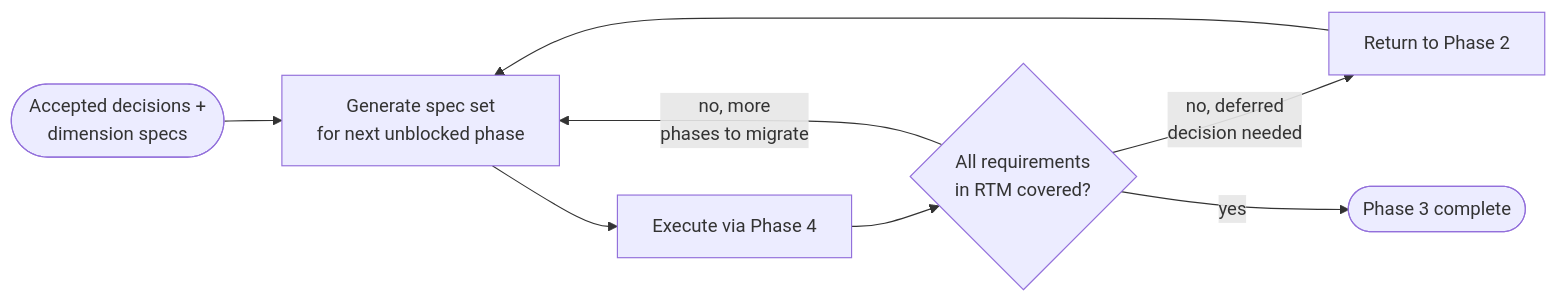
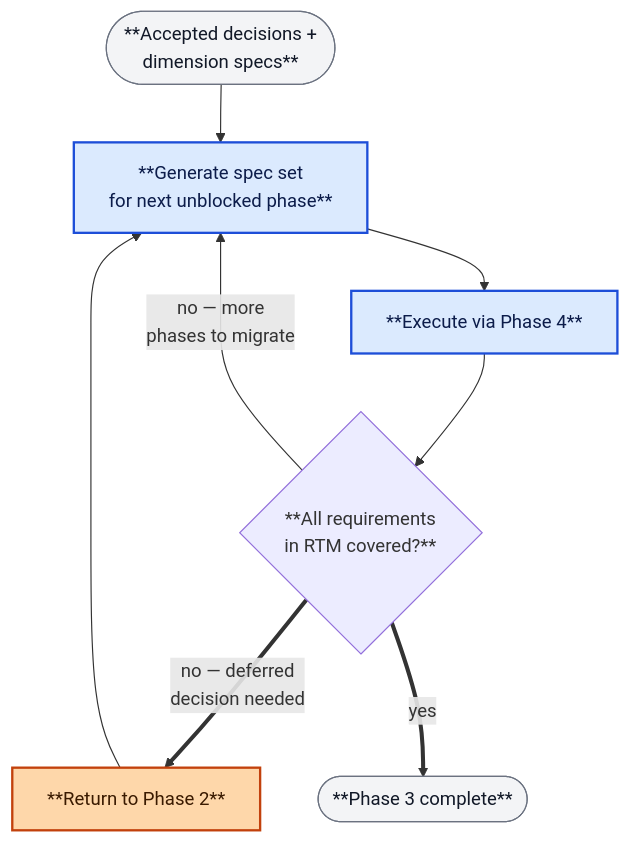
The second of 5 diagrams in docs/ai-assisted-migration-architecture.md (rd162/OSS_Migration), drawn with Mermaid before and after one commit. The commit also changed other lines of this file and 1 other file, not shown here.

First line of the commit message:
``` Draft ai-assisted-migration-architecture.md v0.9

````diff
--- a/docs/ai-assisted-migration-architecture.md
+++ b/docs/ai-assisted-migration-architecture.md
@@ -1633,10 +1712,19 @@
 ```mermaid
-flowchart LR
-    Start([Accepted decisions +<br/>dimension specs]) --> Gen[Generate spec set<br/>for next unblocked phase]
-    Gen --> Exec[Execute via Phase 4]
-    Exec --> Check{All requirements<br/>in RTM covered?}
-    Check -- no, deferred<br/>decision needed --> P2[Return to Phase 2]
+---
+config:
+  flowchart:
+    htmlLabels: true
+---
+flowchart TB
+    Start(["**Accepted decisions +<br/>dimension specs**"]):::art --> Gen["**Generate spec set<br/>for next unblocked phase**"]:::ai
+    Gen --> Exec["**Execute via Phase 4**"]:::ai
+    Exec --> Check{"**All requirements<br/>in RTM covered?**"}
+    Check == "no — deferred<br/>decision needed" ==> P2["**Return to Phase 2**"]:::human
     P2 --> Gen
-    Check -- no, more<br/>phases to migrate --> Gen
-    Check -- yes --> Done([Phase 3 complete])
+    Check -- "no — more<br/>phases to migrate" --> Gen
+    Check == "yes" ==> Done(["**Phase 3 complete**"]):::art
+
+    classDef ai fill:#dbeafe,stroke:#1d4ed8,stroke-width:2px,color:#0c1c4a;
+    classDef human fill:#fed7aa,stroke:#c2410c,stroke-width:2px,color:#3a1a00;
+    classDef art fill:#f3f4f6,stroke:#6b7280,stroke-width:1px,color:#111827;
 ```
````
